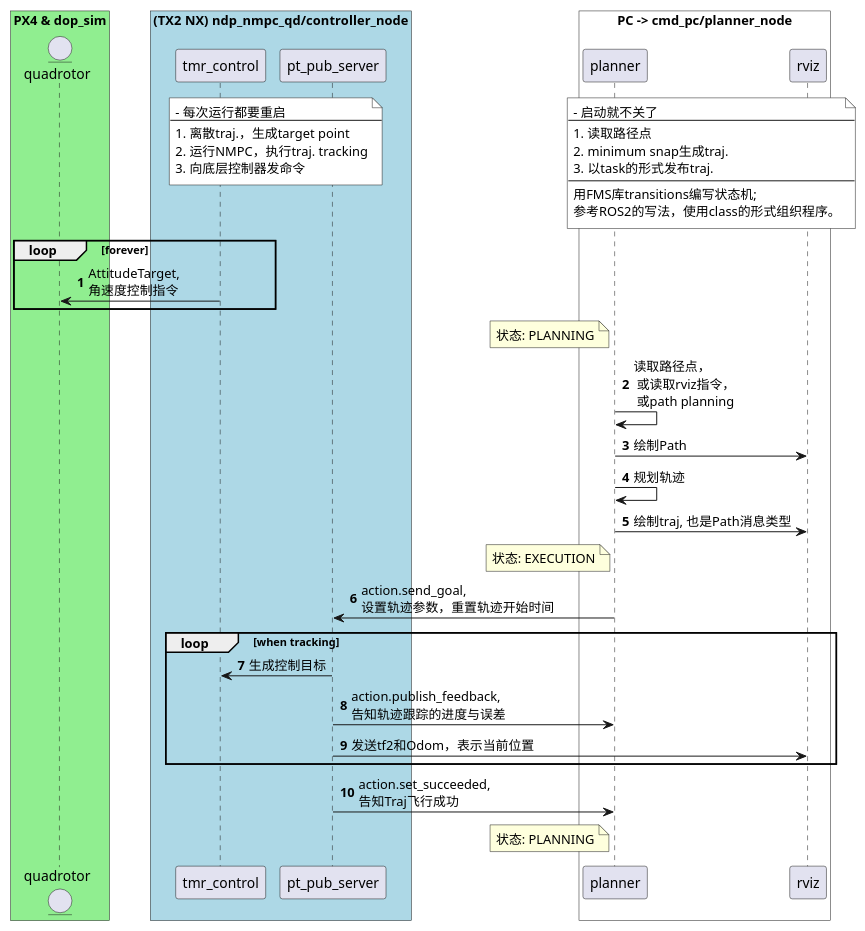
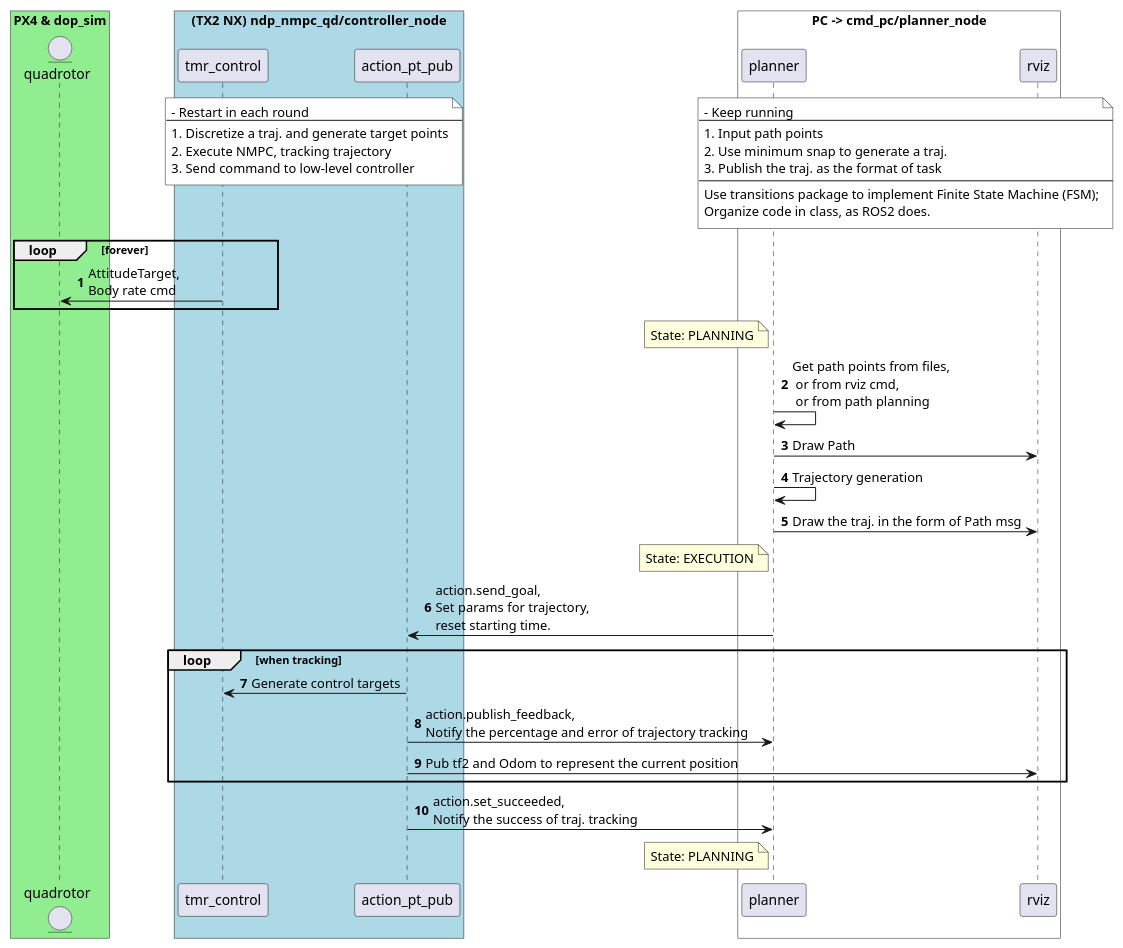
The diagram in UMLs/workflow.puml (Li-Jinjie/cmd_pc), drawn with PlantUML before and after one commit. The commit also changed 2 other files, not shown here.

Commit message:
translate the UML to english

```diff
--- a/UMLs/workflow.puml
+++ b/UMLs/workflow.puml
@@ -1,80 +1,80 @@
 @startuml
 'https://plantuml.com/sequence-diagram
 
 autonumber
 
 box "PX4 & dop_sim" #LightGreen
 entity quadrotor
 end box
 
 box "(TX2 NX)  ndp_nmpc_qd/controller_node" #LightBLUE
 participant tmr_control
-participant pt_pub_server
+participant action_pt_pub
 end box
 
-note over tmr_control, pt_pub_server #white
-- 每次运行都要重启
+note over tmr_control, action_pt_pub #white
+- Restart in each round
 ---
-1. 离散traj.，生成target point
-2. 运行NMPC，执行traj. tracking
-3. 向底层控制器发命令
+1. Discretize a traj. and generate target points
+2. Execute NMPC, tracking trajectory
+3. Send command to low-level controller
 end note
 
 /note over planner, rviz #white
-- 启动就不关了
+- Keep running
 ---
-1. 读取路径点
-2. minimum snap生成traj.
-3. 以task的形式发布traj.
+1. Input path points
+2. Use minimum snap to generate a traj.
+3. Publish the traj. as the format of task
 ---
-用FMS库transitions编写状态机;
-参考ROS2的写法，使用class的形式组织程序。
+Use transitions package to implement Finite State Machine (FSM);
+Organize code in class, as ROS2 does.
 end note
 
 loop forever
-tmr_control -> quadrotor: AttitudeTarget, \n角速度控制指令
+tmr_control -> quadrotor: AttitudeTarget, \nBody rate cmd
 end
 
 'note right of pt_publisher #aqua
 '需要从ROS里拿一个parameter
 '确定是选SE3还是NMPC
 'end note
 
 box "PC -> cmd_pc/planner_node" #White
 participant planner
 entity rviz
 end box
 
 note left planner
-状态: PLANNING
+State: PLANNING
 end note
-planner -> planner: 读取路径点，\n 或读取rviz指令，\n 或path planning
-planner -> rviz: 绘制Path
+planner -> planner: Get path points from files, \n or from rviz cmd, \n or from path planning
+planner -> rviz: Draw Path
 'path_planner -> traj_generator: self_defined.srv.FollowPath
 
-planner -> planner: 规划轨迹
-planner -> rviz: 绘制traj, 也是Path消息类型
+planner -> planner: Trajectory generation
+planner -> rviz: Draw the traj. in the form of Path msg
 
 note left of planner
-状态: EXECUTION
+State: EXECUTION
 end note
 
-planner -> pt_pub_server: action.send_goal, \n设置轨迹参数，重置轨迹开始时间
+planner -> action_pt_pub: action.send_goal, \nSet params for trajectory, \nreset starting time.
 
 loop when tracking
-    pt_pub_server -> tmr_control: 生成控制目标
-    pt_pub_server -> planner: action.publish_feedback, \n告知轨迹跟踪的进度与误差
-    pt_pub_server -> rviz: 发送tf2和Odom，表示当前位置
+    action_pt_pub -> tmr_control: Generate control targets
+    action_pt_pub -> planner: action.publish_feedback, \nNotify the percentage and error of trajectory tracking
+    action_pt_pub -> rviz: Pub tf2 and Odom to represent the current position
 end
 
-pt_pub_server -> planner: action.set_succeeded, \n告知Traj飞行成功
+action_pt_pub -> planner: action.set_succeeded, \nNotify the success of traj. tracking
 'planner -> planner: self_defined.srv.FollowPath, \n告知Path是否飞行成功
 
 note left of planner
-状态: PLANNING
+State: PLANNING
 end note
 
 ' 状态： TAKEOFF, PLANNING, EXECUTION, LAND
 
 
 @enduml
```
